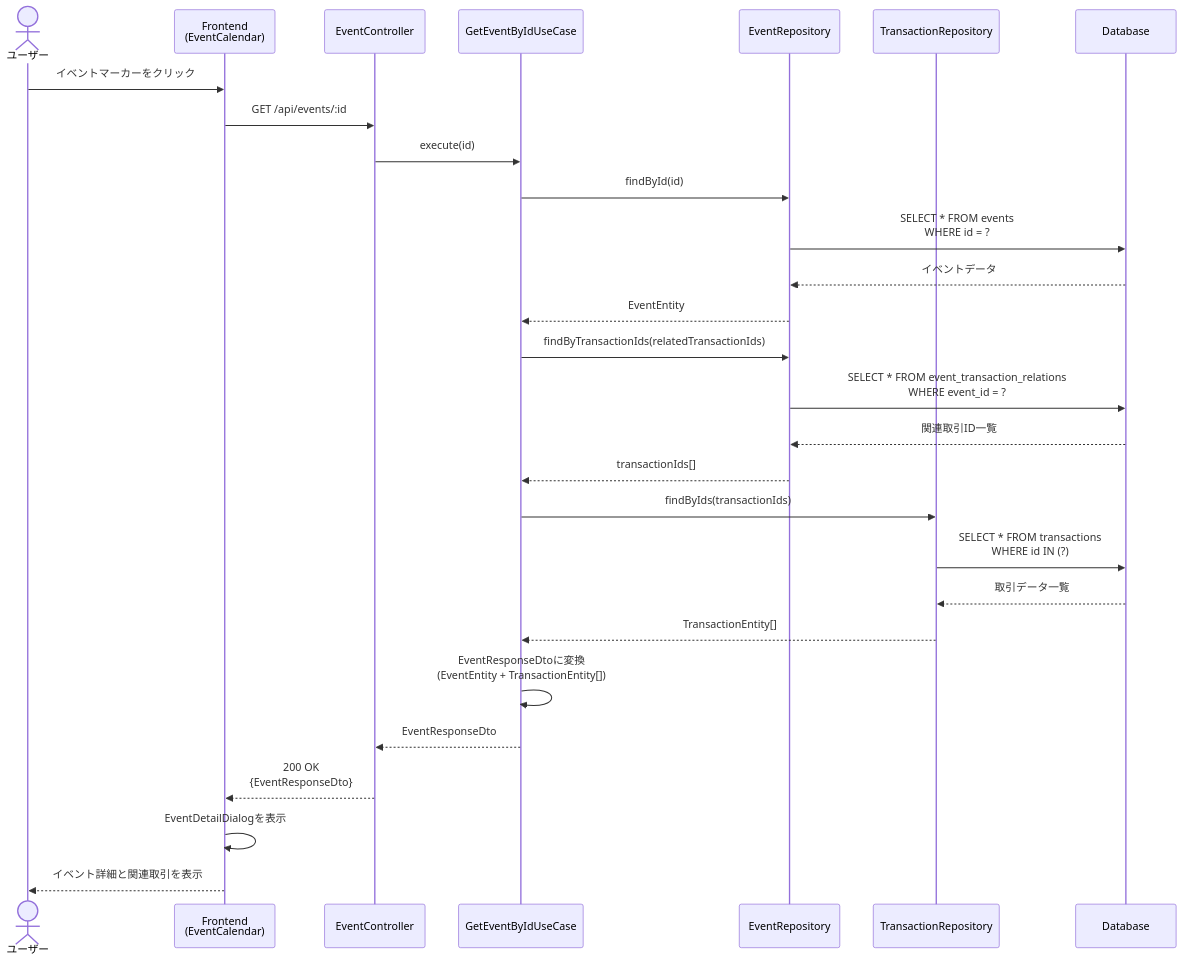
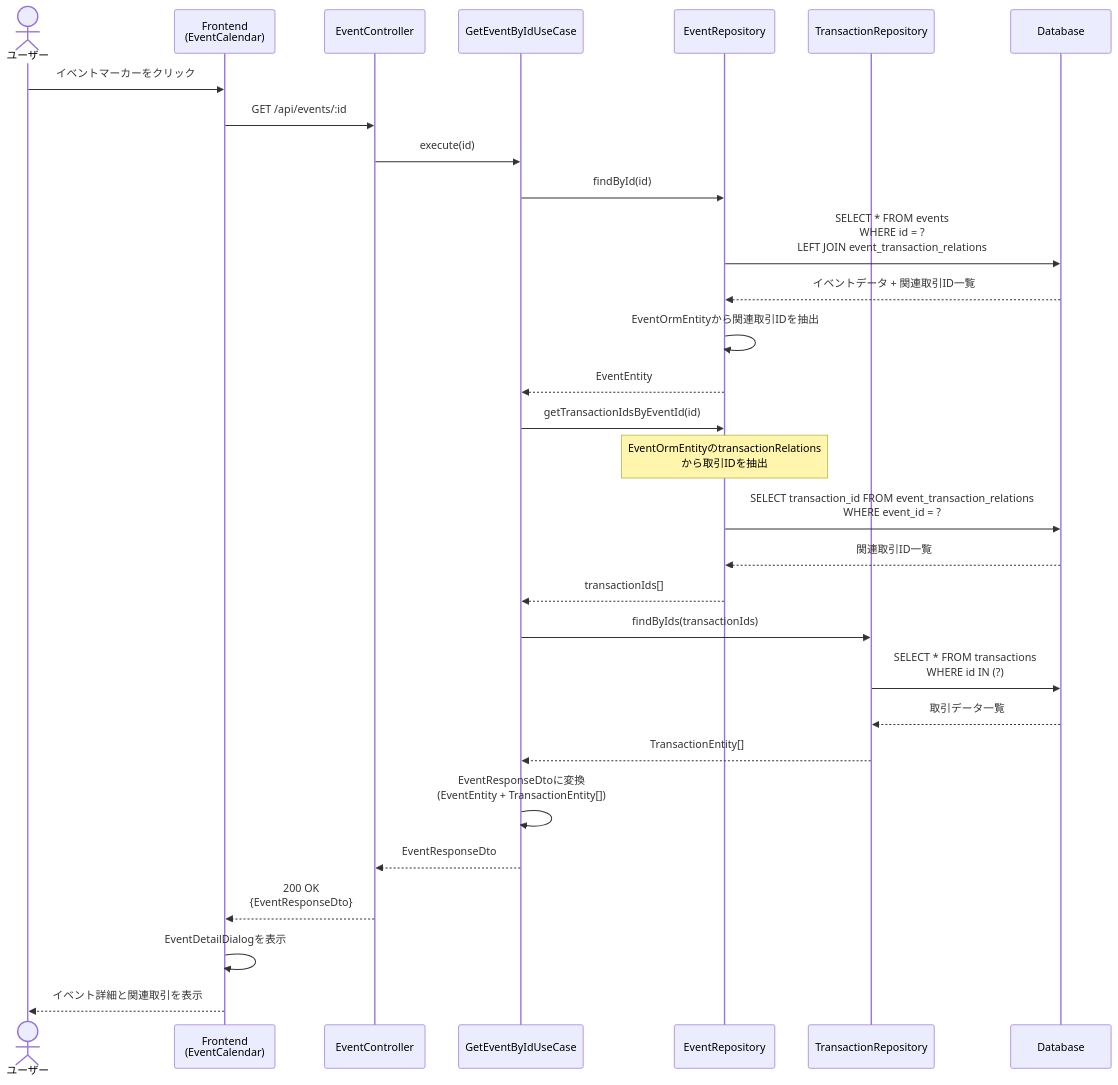
One commit to kencom2400/account-book changed the fourth of 9 diagrams in docs/detailed-design/FR-021_event-memo/sequence-diagrams.md. Above: the diagram before and after it, drawn with Mermaid. The commit also changed other lines of this file and 3 other files, not shown here.

````diff
--- a/docs/detailed-design/FR-021_event-memo/sequence-diagrams.md
+++ b/docs/detailed-design/FR-021_event-memo/sequence-diagrams.md
@@ -253,38 +253,40 @@
 ```mermaid
 sequenceDiagram
     actor User as ユーザー
     participant FE as Frontend<br/>(EventCalendar)
     participant API as EventController
     participant UC as GetEventByIdUseCase
     participant EventRepo as EventRepository
     participant TransRepo as TransactionRepository
     participant DB as Database
 
     User->>FE: イベントマーカーをクリック
     FE->>API: GET /api/events/:id
 
     API->>UC: execute(id)
 
     UC->>EventRepo: findById(id)
-    EventRepo->>DB: SELECT * FROM events<br/>WHERE id = ?
-    DB-->>EventRepo: イベントデータ
+    EventRepo->>DB: SELECT * FROM events<br/>WHERE id = ?<br/>LEFT JOIN event_transaction_relations
+    DB-->>EventRepo: イベントデータ + 関連取引ID一覧
+    EventRepo->>EventRepo: EventOrmEntityから関連取引IDを抽出
     EventRepo-->>UC: EventEntity
 
-    UC->>EventRepo: findByTransactionIds(relatedTransactionIds)
-    EventRepo->>DB: SELECT * FROM event_transaction_relations<br/>WHERE event_id = ?
+    UC->>EventRepo: getTransactionIdsByEventId(id)
+    Note over EventRepo: EventOrmEntityのtransactionRelations<br/>から取引IDを抽出
+    EventRepo->>DB: SELECT transaction_id FROM event_transaction_relations<br/>WHERE event_id = ?
     DB-->>EventRepo: 関連取引ID一覧
     EventRepo-->>UC: transactionIds[]
 
     UC->>TransRepo: findByIds(transactionIds)
     TransRepo->>DB: SELECT * FROM transactions<br/>WHERE id IN (?)
     DB-->>TransRepo: 取引データ一覧
     TransRepo-->>UC: TransactionEntity[]
 
     UC->>UC: EventResponseDtoに変換<br/>(EventEntity + TransactionEntity[])
 
     UC-->>API: EventResponseDto
     API-->>FE: 200 OK<br/>{EventResponseDto}
 
     FE->>FE: EventDetailDialogを表示
     FE-->>User: イベント詳細と関連取引を表示
 ```
````
